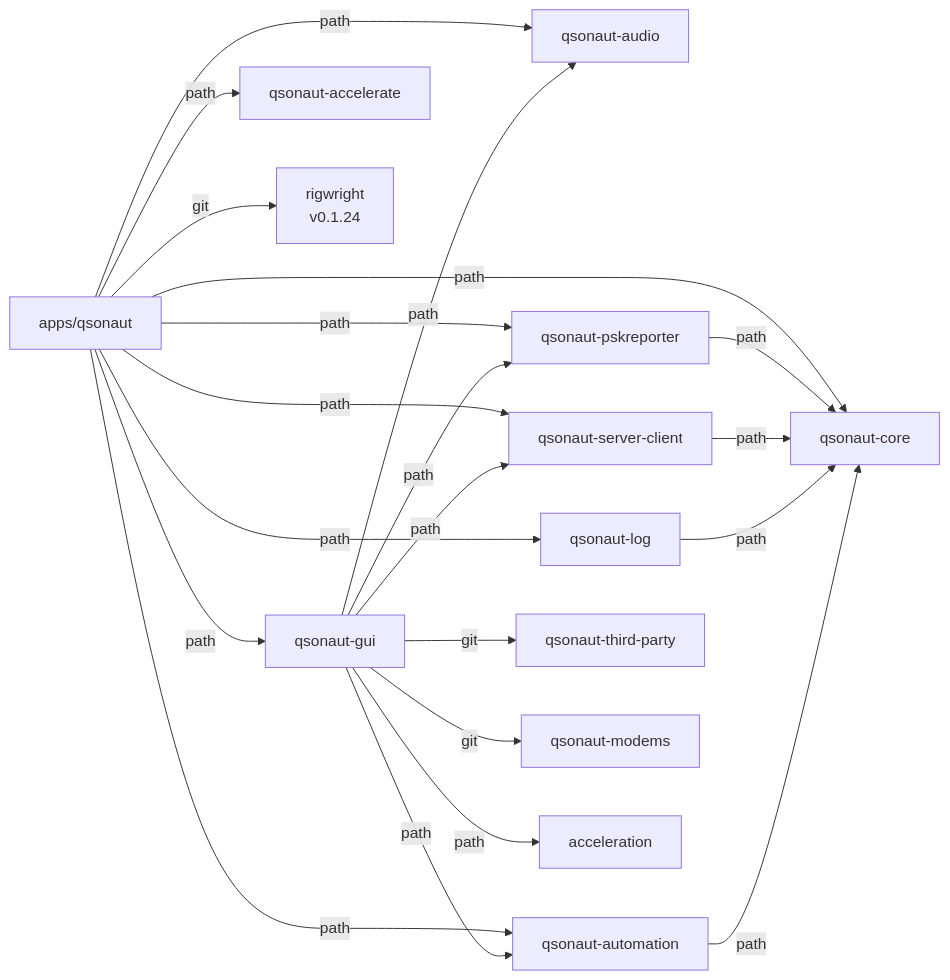
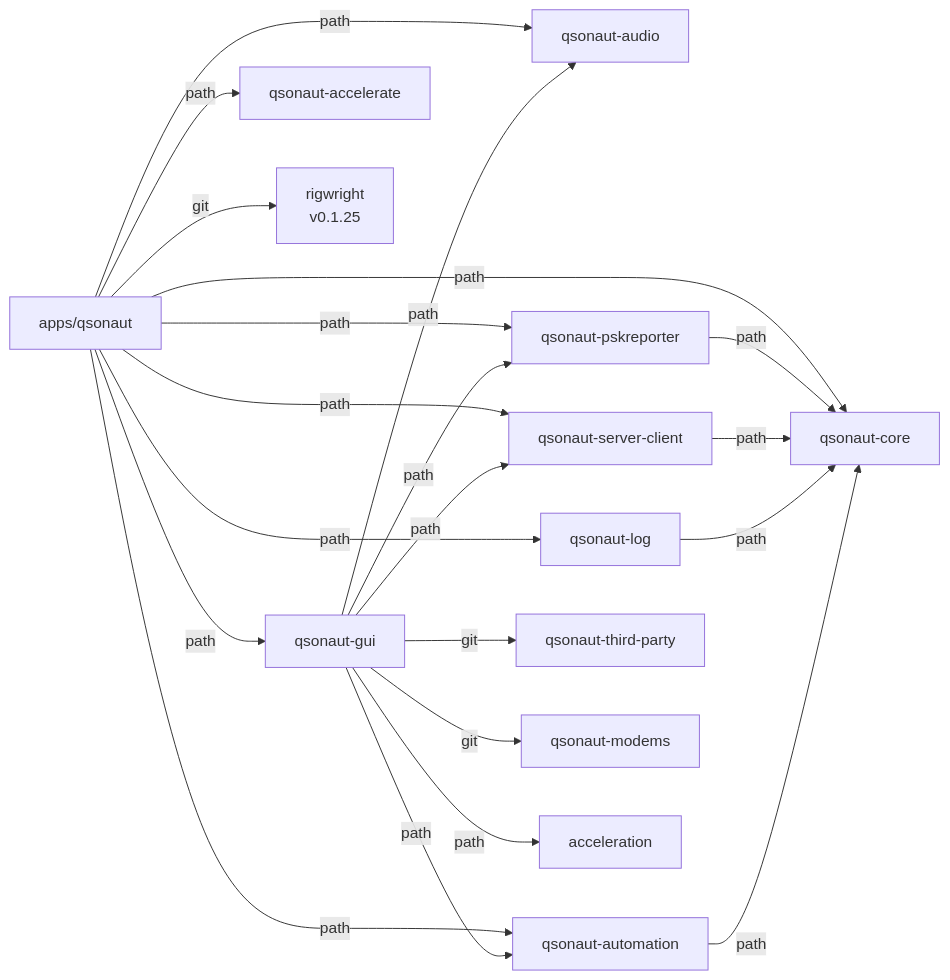
The third of 6 diagrams in docs/ARCHITECTURE.md (nicksbar/QSONaut), drawn with Mermaid before and after one commit. The commit also changed other lines of this file and 4 other files, not shown here.

````diff
--- a/docs/ARCHITECTURE.md
+++ b/docs/ARCHITECTURE.md
@@ -90,38 +90,38 @@
 ```mermaid
 graph LR
     qsonaut[apps/qsonaut]
     audio[qsonaut-audio]
     core[qsonaut-core]
     gui[qsonaut-gui]
     log[qsonaut-log]
     automation[qsonaut-automation]
     psk[qsonaut-pskreporter]
     server-client[qsonaut-server-client]
     accelerate[qsonaut-accelerate]
     third-party[qsonaut-third-party]
     modems[qsonaut-modems]
-    rigwright[rigwright<br/>v0.1.24]
+    rigwright[rigwright<br/>v0.1.25]
     
     qsonaut -->|path| gui
     qsonaut -->|path| core
     qsonaut -->|path| audio
     qsonaut -->|path| log
     qsonaut -->|path| automation
     qsonaut -->|path| psk
     qsonaut -->|path| server-client
     qsonaut -->|path| accelerate
     qsonaut -->|git| rigwright
     
     gui -->|git| third-party
     gui -->|git| modems
     gui -->|path| audio
     gui -->|path| acceleration
     gui -->|path| automation
     gui -->|path| server-client
     gui -->|path| psk
     
     psk -->|path| core
     server-client -->|path| core
     log -->|path| core
     automation -->|path| core
 ```
````
